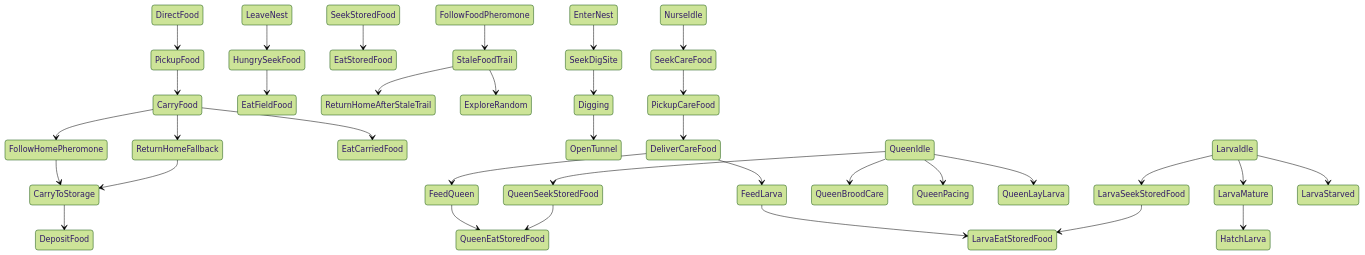
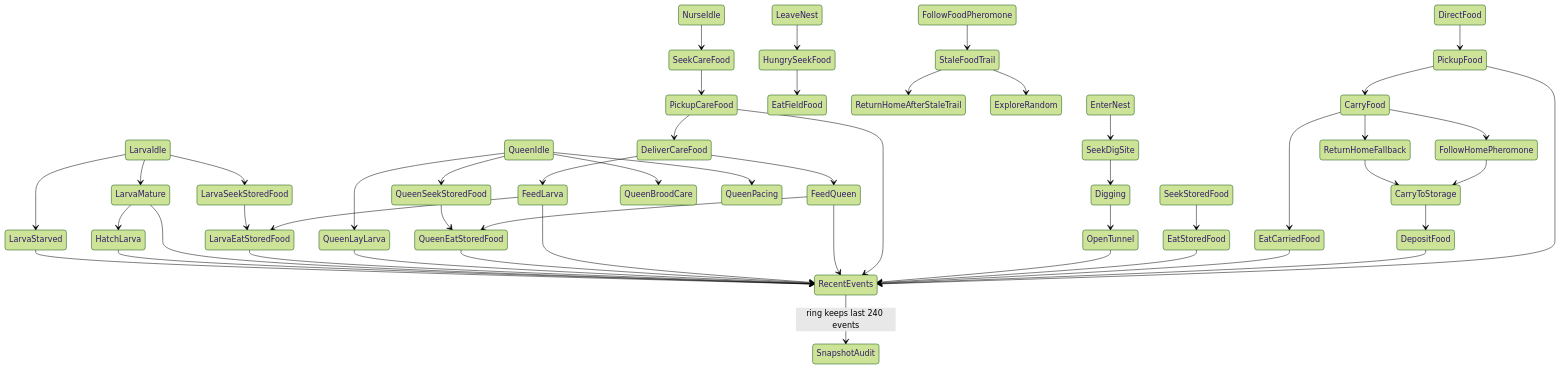
One commit to brusberg/brendenbrusberg.com changed the third of 8 diagrams in docs/ant-state-machine.md. Above: the diagram before and after it, drawn with Mermaid (forest theme). The commit also changed other lines of this file and 2 other files, not shown here.

````diff
--- a/docs/ant-state-machine.md
+++ b/docs/ant-state-machine.md
@@ -142,43 +142,59 @@
 ```mermaid
 stateDiagram-v2
   DirectFood --> PickupFood
+  PickupFood --> RecentEvents
   PickupFood --> CarryFood
   CarryFood --> FollowHomePheromone
   CarryFood --> ReturnHomeFallback
   FollowHomePheromone --> CarryToStorage
   ReturnHomeFallback --> CarryToStorage
   CarryToStorage --> DepositFood
+  DepositFood --> RecentEvents
   CarryFood --> EatCarriedFood
+  EatCarriedFood --> RecentEvents
 
   HungrySeekFood --> EatFieldFood
   SeekStoredFood --> EatStoredFood
+  EatStoredFood --> RecentEvents
   LeaveNest --> HungrySeekFood
 
   FollowFoodPheromone --> StaleFoodTrail
   StaleFoodTrail --> ReturnHomeAfterStaleTrail
   StaleFoodTrail --> ExploreRandom
 
   EnterNest --> SeekDigSite
   SeekDigSite --> Digging
   Digging --> OpenTunnel
+  OpenTunnel --> RecentEvents
 
   NurseIdle --> SeekCareFood
   SeekCareFood --> PickupCareFood
+  PickupCareFood --> RecentEvents
   PickupCareFood --> DeliverCareFood
   DeliverCareFood --> FeedQueen
   DeliverCareFood --> FeedLarva
+  FeedQueen --> RecentEvents
+  FeedLarva --> RecentEvents
   FeedQueen --> QueenEatStoredFood
   FeedLarva --> LarvaEatStoredFood
 
   QueenIdle --> QueenSeekStoredFood
   QueenSeekStoredFood --> QueenEatStoredFood
+  QueenEatStoredFood --> RecentEvents
   QueenIdle --> QueenBroodCare
   QueenIdle --> QueenPacing
   QueenIdle --> QueenLayLarva
+  QueenLayLarva --> RecentEvents
 
   LarvaIdle --> LarvaSeekStoredFood
   LarvaSeekStoredFood --> LarvaEatStoredFood
+  LarvaEatStoredFood --> RecentEvents
   LarvaIdle --> LarvaMature
+  LarvaMature --> RecentEvents
   LarvaMature --> HatchLarva
+  HatchLarva --> RecentEvents
   LarvaIdle --> LarvaStarved
+  LarvaStarved --> RecentEvents
+
+  RecentEvents --> SnapshotAudit: ring keeps last 240 events
 ```
````
